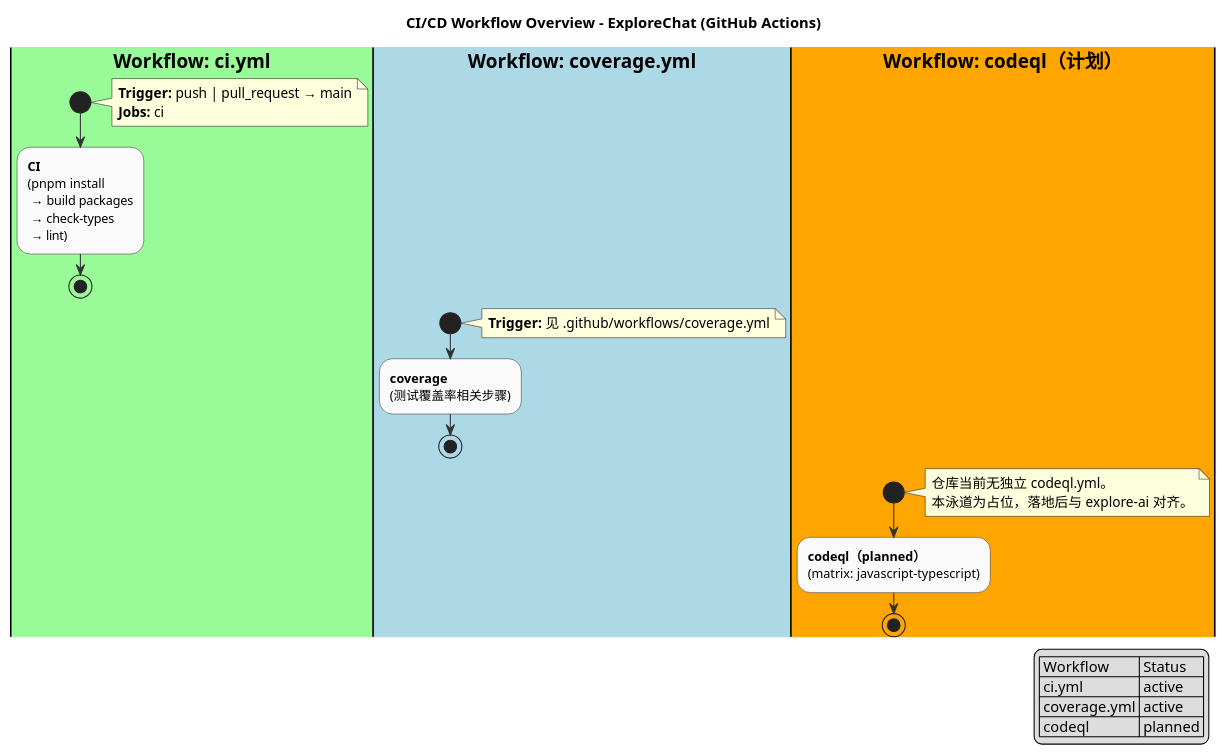
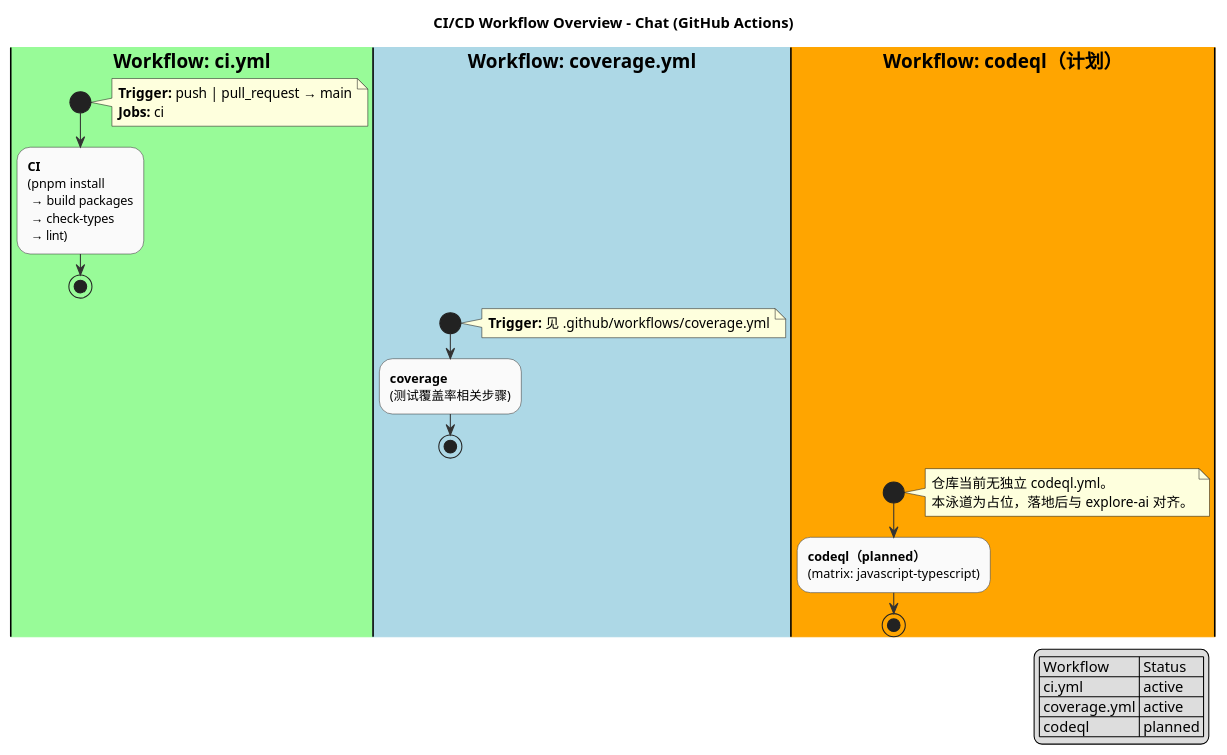
Before and after one commit to felixzhu97/explore-chat: the diagram in docs/developer/cicd/cicd-workflow.puml, drawn with PlantUML. The commit also changed 134 other files, not shown here.

```diff
--- a/docs/developer/cicd/cicd-workflow.puml
+++ b/docs/developer/cicd/cicd-workflow.puml
@@ -1,48 +1,48 @@
 @startuml cicd-workflow
 !pragma activityFlow
 skinparam activityBackgroundColor #FAFAFA
 skinparam activityBorderColor #333333
 skinparam arrowColor #333333
 skinparam packageStyle rectangle
 
-title CI/CD Workflow Overview - ExploreChat (GitHub Actions)
+title CI/CD Workflow Overview - Chat (GitHub Actions)
 
 |#palegreen|**Workflow: ci.yml**|
 start
 note right
 **Trigger:** push | pull_request → main
 **Jobs:** ci
 end note
 :**CI**
 (pnpm install
  → build packages
  → check-types
  → lint);
 stop
 
 |#lightblue|**Workflow: coverage.yml**|
 start
 note right
 **Trigger:** 见 .github/workflows/coverage.yml
 end note
 :**coverage**
 (测试覆盖率相关步骤);
 stop
 
 |#orange|**Workflow: codeql（计划）**|
 start
 note right
 仓库当前无独立 codeql.yml。
 本泳道为占位，落地后与 explore-ai 对齐。
 end note
 :**codeql（planned）**
 (matrix: javascript-typescript);
 stop
 
 legend right
 | Workflow | Status |
 | ci.yml | active |
 | coverage.yml | active |
 | codeql | planned |
 endlegend
 @enduml
```
